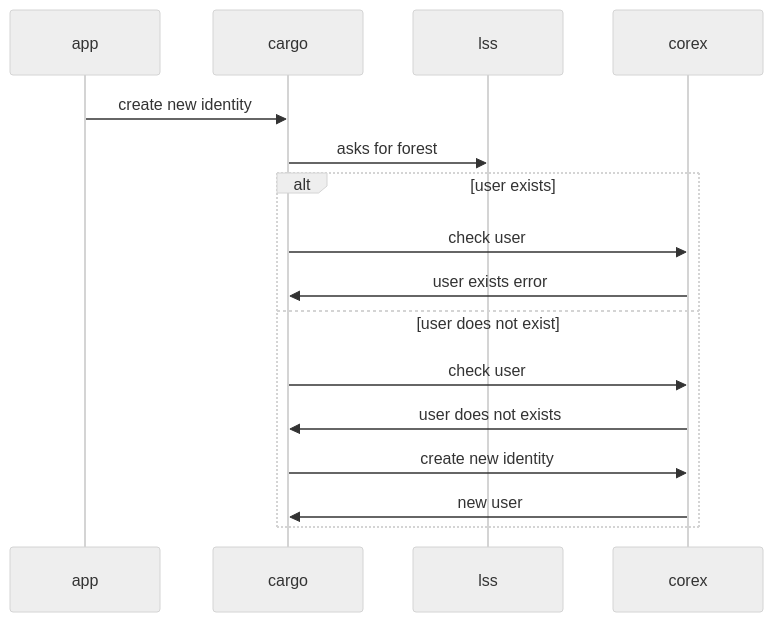
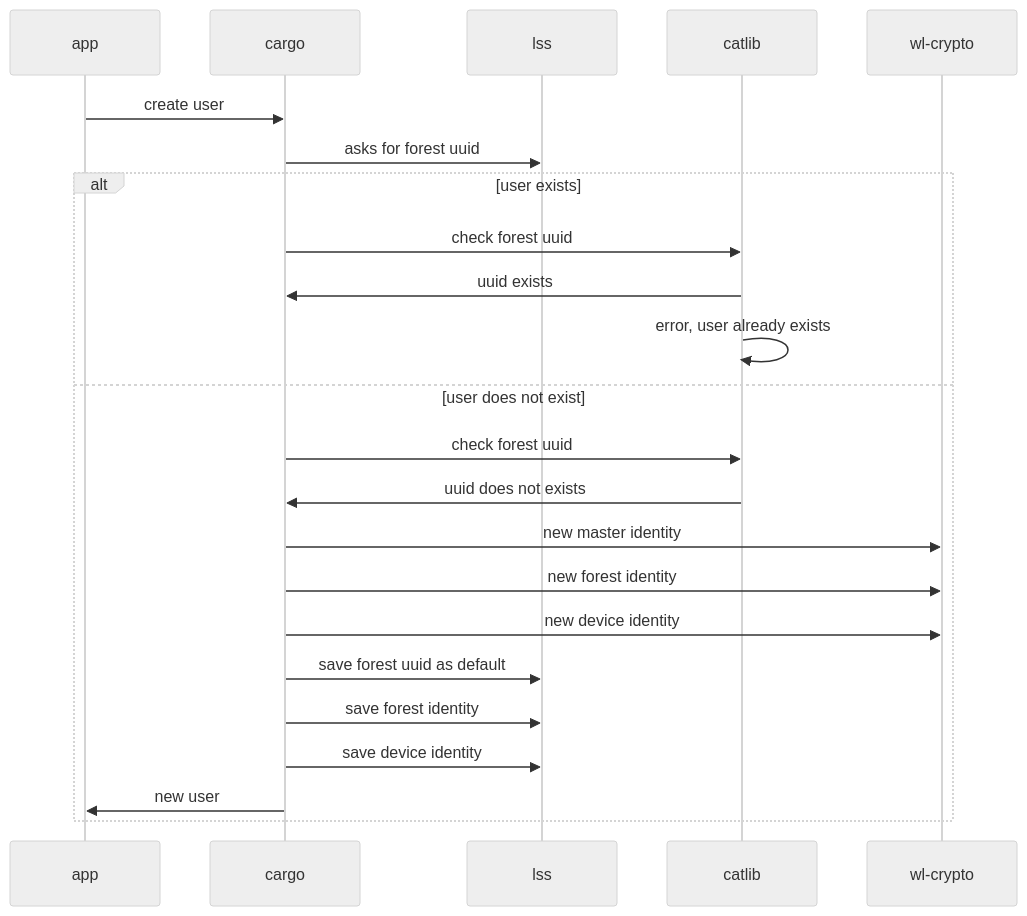
One commit to pbeza/wildland-core changed the diagram in docs/architecture/user_creation.md. Above: the diagram before and after it, drawn with Mermaid (neutral theme). The commit also changed other lines of this file and 5 other files, not shown here.

Commit message:
* moved mermaid.js to be generated from ci * removed simplified views

````diff
--- a/docs/architecture/user_creation.md
+++ b/docs/architecture/user_creation.md
@@ -5,14 +5,20 @@
 ```mermaid
 sequenceDiagram
-app->>cargo: create new identity
-cargo->>lss: asks for forest
+app->>cargo: create user
+cargo->>lss: asks for forest uuid
 alt user exists
-    cargo->>corex: check user
-    corex->>cargo: user exists error
+    cargo->>catlib: check forest uuid
+    catlib->>cargo: uuid exists
+    catlib->>catlib: error, user already exists
 else user does not exist
-    cargo->>corex: check user
-    corex->>cargo: user does not exists
-    cargo->>corex: create new identity
-    corex->>cargo: new user
+    cargo->>catlib: check forest uuid
+    catlib->>cargo: uuid does not exists
+    cargo->>wl-crypto: new master identity
+    cargo->>wl-crypto: new forest identity
+    cargo->>wl-crypto: new device identity
+    cargo->>lss: save forest uuid as default
+    cargo->>lss: save forest identity
+    cargo->>lss: save device identity
+    cargo->>app: new user
 end
 ```
````
